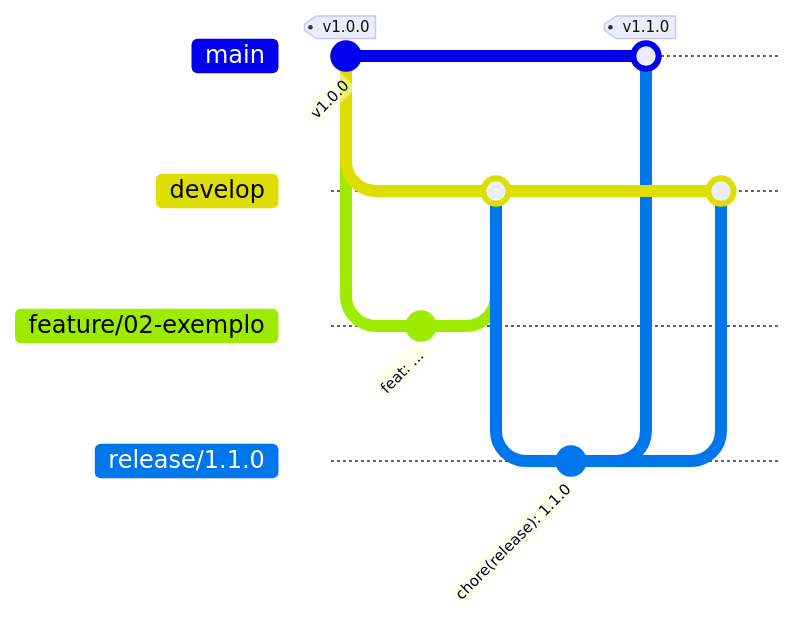
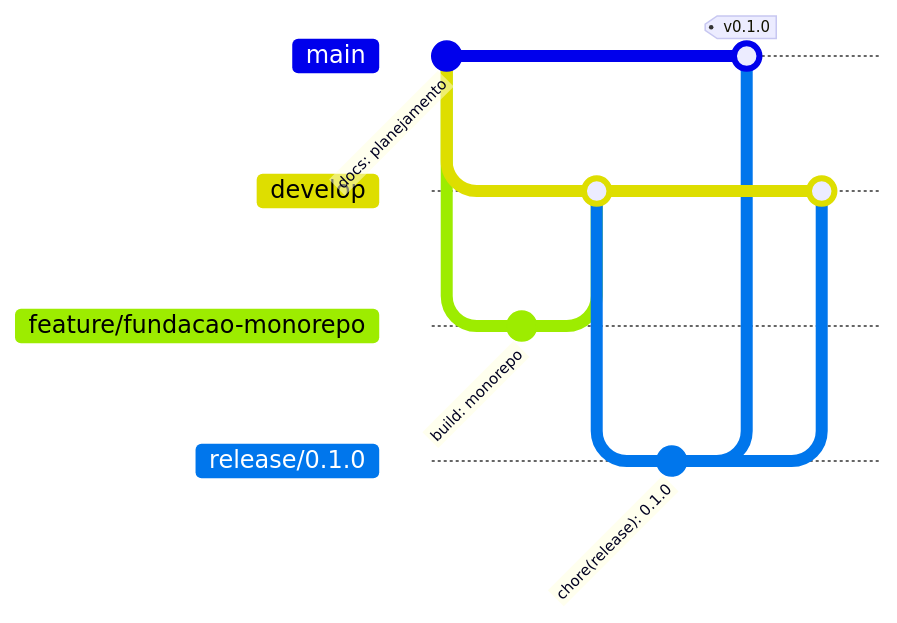
Before and after one commit to arthurjosebona/CifraSync: the diagram in docs/processo/versionamento.md, drawn with Mermaid. The commit also changed other lines of this file and 5 other files, not shown here.

First line of the commit message:
docs(specs): aplica git flow desde o início do projeto

````diff
--- a/docs/processo/versionamento.md
+++ b/docs/processo/versionamento.md
@@ -50,16 +33,16 @@
 ```mermaid
 gitGraph
-  commit id: "v1.0.0" tag: "v1.0.0"
+  commit id: "docs: planejamento"
   branch develop
   checkout develop
-  branch feature/02-exemplo
-  commit id: "feat: ..."
+  branch feature/fundacao-monorepo
+  commit id: "build: monorepo"
   checkout develop
-  merge feature/02-exemplo
-  branch release/1.1.0
-  commit id: "chore(release): 1.1.0"
+  merge feature/fundacao-monorepo
+  branch release/0.1.0
+  commit id: "chore(release): 0.1.0"
   checkout main
-  merge release/1.1.0 tag: "v1.1.0"
+  merge release/0.1.0 tag: "v0.1.0"
   checkout develop
-  merge release/1.1.0
+  merge release/0.1.0
 ```
````
